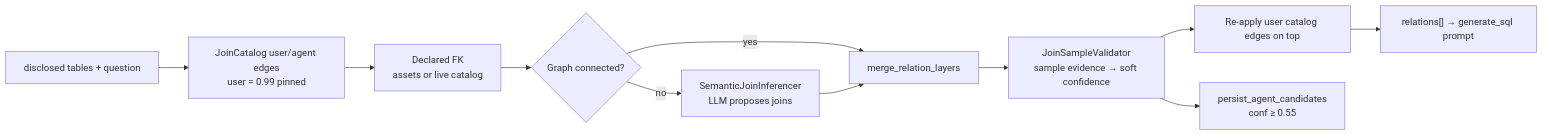
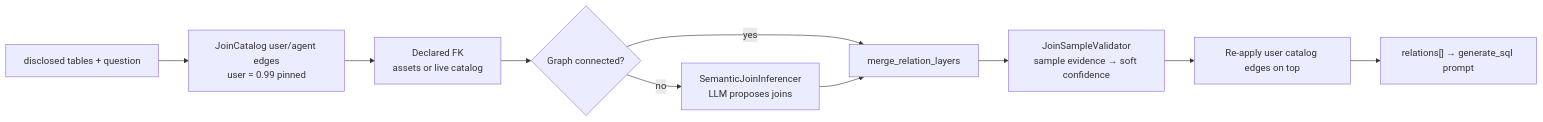
The sixth of 8 diagrams in docs/DESIGN.md (W1412X/dbaide), drawn with Mermaid before and after one commit. The commit also changed other lines of this file and 32 other files, not shown here.

````diff
--- a/docs/DESIGN.md
+++ b/docs/DESIGN.md
@@ -274,13 +274,12 @@
 ```mermaid
 flowchart LR
     IN["disclosed tables + question"] --> C1["JoinCatalog user/agent edges<br/>user = 0.99 pinned"]
     C1 --> C2["Declared FK<br/>assets or live catalog"]
     C2 --> C3{"Graph connected?"}
     C3 -->|no| C4["SemanticJoinInferencer<br/>LLM proposes joins"]
     C3 -->|yes| MERGE["merge_relation_layers"]
     C4 --> MERGE
     MERGE --> C5["JoinSampleValidator<br/>sample evidence → soft confidence"]
     C5 --> C6["Re-apply user catalog edges on top"]
     C6 --> OUT["relations[] → generate_sql prompt"]
-    C5 --> PERSIST["persist_agent_candidates<br/>conf ≥ 0.55"]
 ```
````
